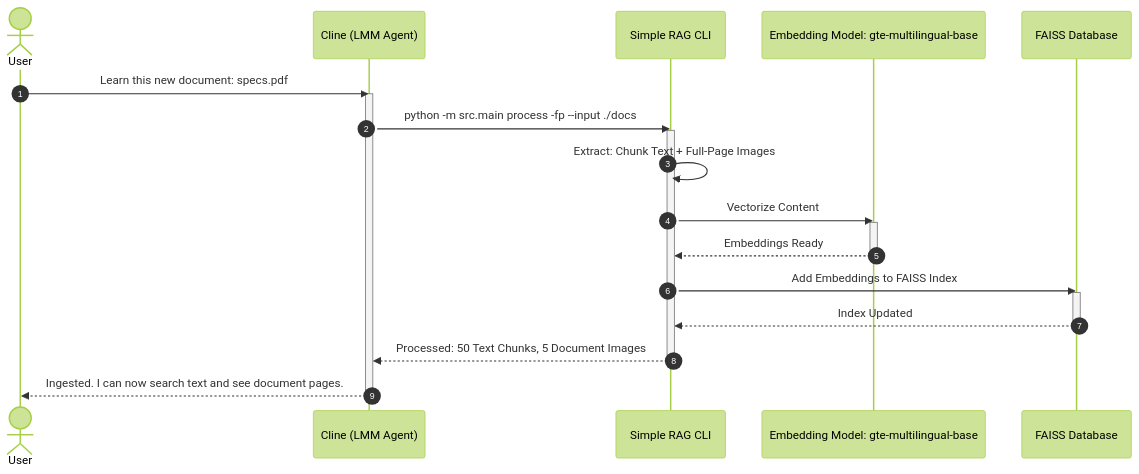
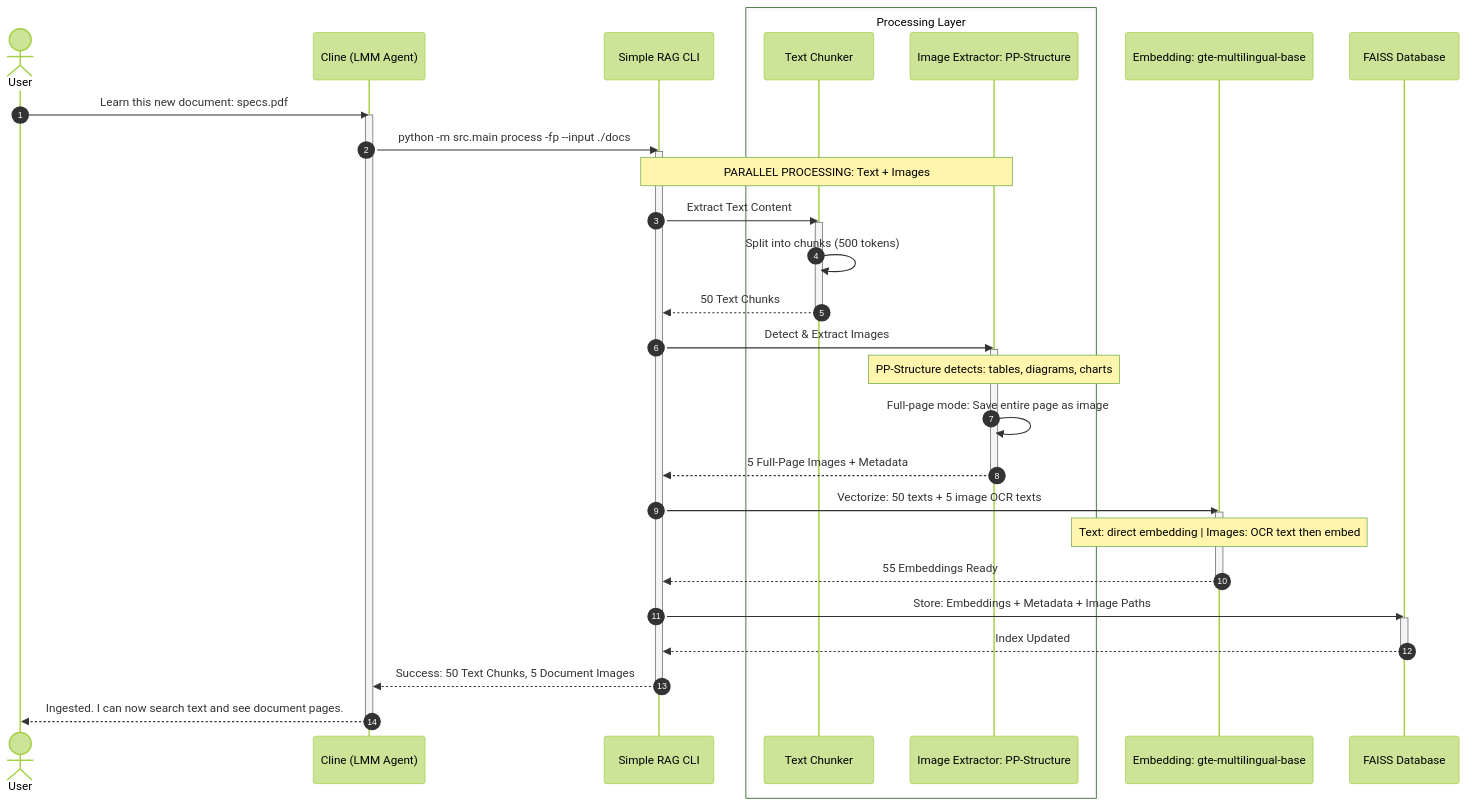
The first of 4 diagrams in report-doc/10-debuit-clineSR.md (ngcix/doc-rag), drawn with Mermaid (forest theme) before and after one commit. The commit also changed other lines of this file, not shown here.

````diff
--- a/report-doc/10-debuit-clineSR.md
+++ b/report-doc/10-debuit-clineSR.md
@@ -20,33 +20,57 @@
 ```mermaid
 sequenceDiagram
     autonumber
     
     actor User
     participant Cline as Cline (LMM Agent)
     participant CLI as Simple RAG CLI
-    participant Embed as Embedding Model: gte-multilingual-base
+    
+    box Processing Layer
+        participant Chunker as Text Chunker
+        participant ImgExt as Image Extractor: PP-Structure
+    end
+    
+    participant Embed as Embedding: gte-multilingual-base
     participant DB as FAISS Database
     
     User->>Cline: Learn this new document: specs.pdf
     activate Cline
     
     Cline->>CLI: python -m src.main process -fp --input ./docs
     activate CLI
     
-    CLI->>CLI: Extract: Chunk Text + Full-Page Images
-    CLI->>Embed: Vectorize Content
+    Note over CLI,ImgExt: PARALLEL PROCESSING: Text + Images
+    
+    %% Text Processing Path
+    CLI->>Chunker: Extract Text Content
+    activate Chunker
+    Chunker->>Chunker: Split into chunks (500 tokens)
+    Chunker-->>CLI: 50 Text Chunks
+    deactivate Chunker
+    
+    %% Image Processing Path
+    CLI->>ImgExt: Detect & Extract Images
+    activate ImgExt
+    Note over ImgExt: PP-Structure detects: tables, diagrams, charts
+    ImgExt->>ImgExt: Full-page mode: Save entire page as image
+    ImgExt-->>CLI: 5 Full-Page Images + Metadata
+    deactivate ImgExt
+    
+    %% Embedding Both
+    CLI->>Embed: Vectorize: 50 texts + 5 image OCR texts
     activate Embed
-    Embed-->>CLI: Embeddings Ready
+    Note over Embed: Text: direct embedding | Images: OCR text then embed
+    Embed-->>CLI: 55 Embeddings Ready
     deactivate Embed
     
-    CLI->>DB: Add Embeddings to FAISS Index
+    CLI->>DB: Store: Embeddings + Metadata + Image Paths
     activate DB
     DB-->>CLI: Index Updated
     deactivate DB
     
-    CLI-->>Cline: Processed: 50 Text Chunks, 5 Document Images
+    CLI-->>Cline: Success: 50 Text Chunks, 5 Document Images
     deactivate CLI
     
     Cline-->>User: Ingested. I can now search text and see document pages.
     deactivate Cline
 ```
````
